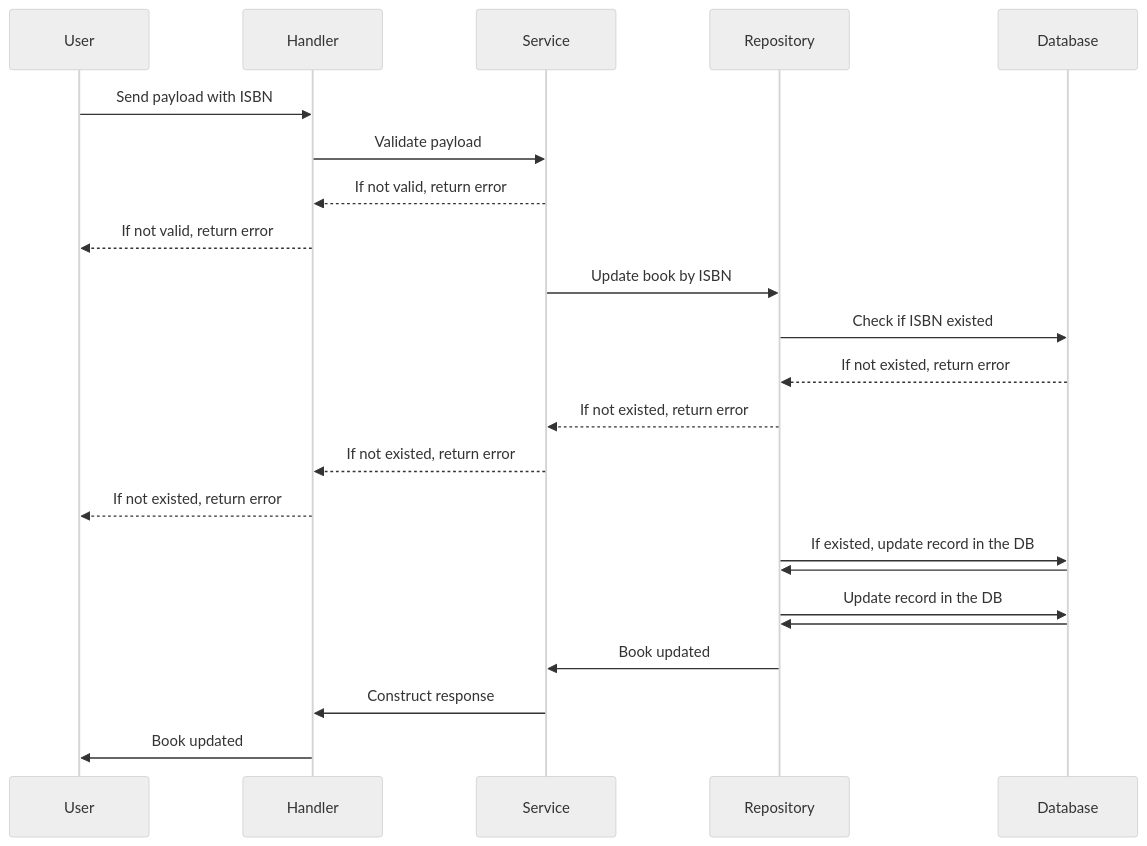
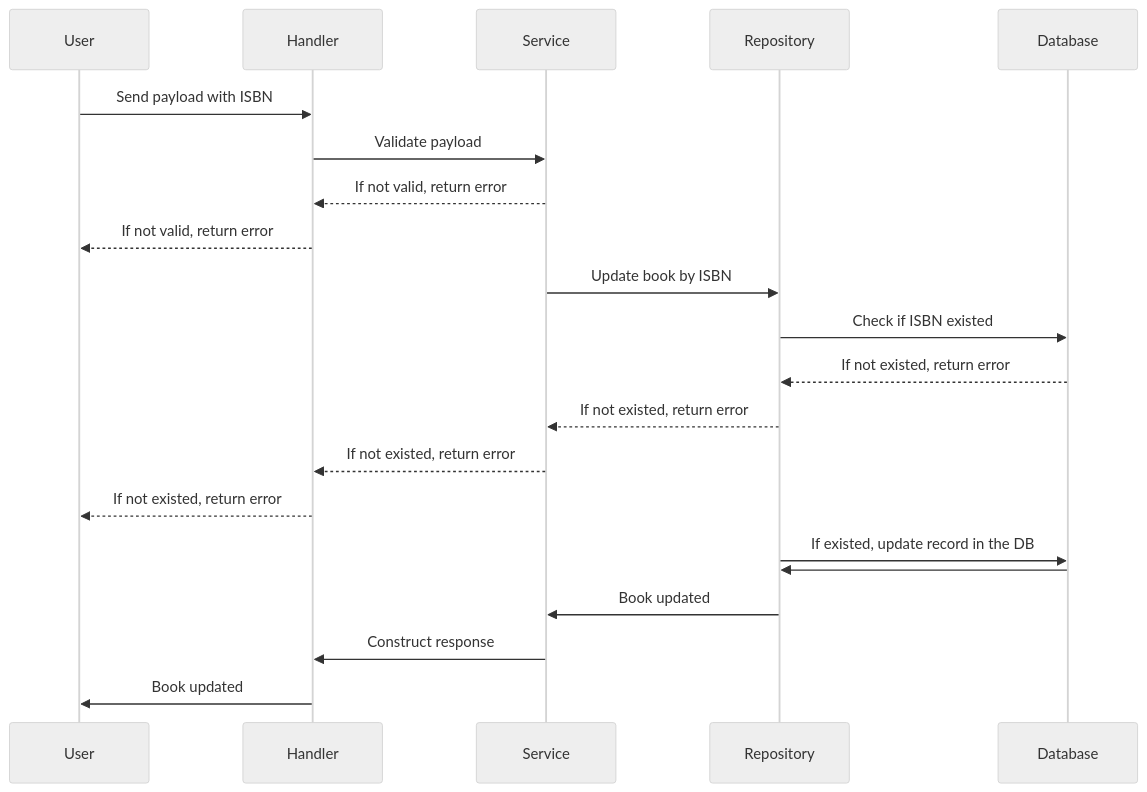
Before and after one commit to liberocks/isbn: the fourth of 5 diagrams in README.md, drawn with Mermaid (neutral theme). The commit also changed other lines of this file, not shown here.

Commit message:
add endpoint documentation (6)

````diff
--- a/README.md
+++ b/README.md
@@ -153,22 +153,20 @@
 ```mermaid
 sequenceDiagram
     accTitle: Update a book by ISBN
 
     User->>Handler: Send payload with ISBN
     Handler->>Service: Validate payload
     Service-->>Handler: If not valid, return error
     Handler-->>User: If not valid, return error
     Service->>Repository: Update book by ISBN
     Repository->>Database: Check if ISBN existed
     Database-->>Repository: If not existed, return error
     Repository-->>Service: If not existed, return error
     Service-->>Handler: If not existed, return error
     Handler-->>User: If not existed, return error
     Repository->>Database: If existed, update record in the DB
     Database->>Repository: 
-    Repository->>Database: Update record in the DB
-    Database->>Repository: 
     Repository->>Service: Book updated
     Service->>Handler: Construct response
     Handler->>User: Book updated
 ```
````
